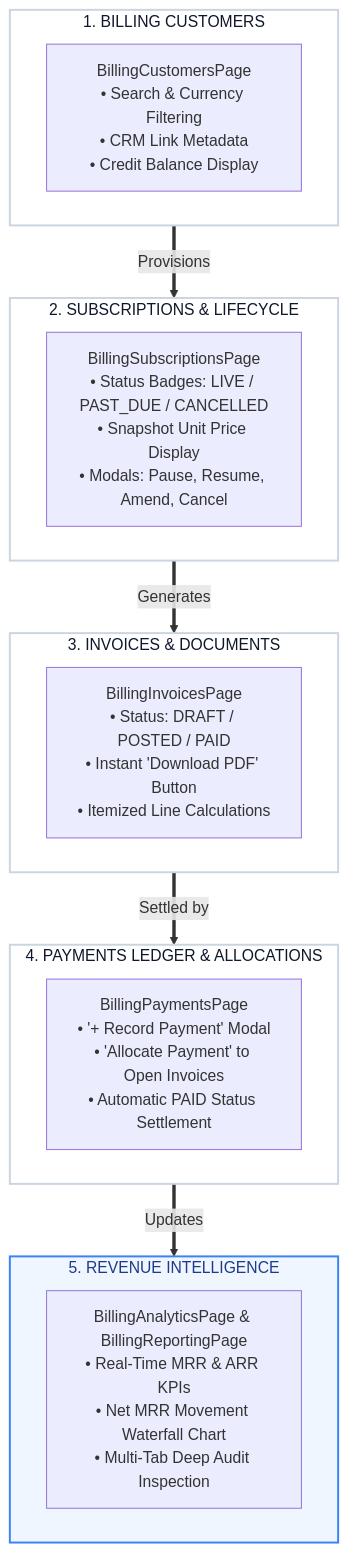
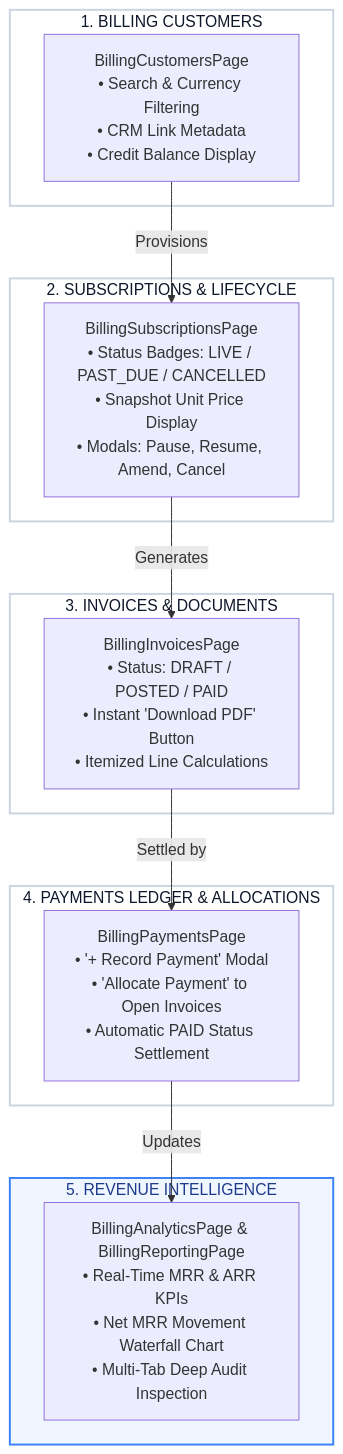
Before and after one commit to zaid-mian/CRM-Frontend: the third of 3 diagrams in README.md, drawn with Mermaid. The commit also changed other lines of this file, not shown here.

Commit message:
fix(docs): ensure standard Mermaid arrow syntax (-->|label|) for GitHub rendering

````diff
--- a/README.md
+++ b/README.md
@@ -132,33 +132,33 @@
 ```mermaid
 flowchart TD
     subgraph CustFlow ["1. BILLING CUSTOMERS"]
         CUST["BillingCustomersPage<br/>• Search & Currency Filtering<br/>• CRM Link Metadata<br/>• Credit Balance Display"]
     end
 
     subgraph SubFlow ["2. SUBSCRIPTIONS & LIFECYCLE"]
         SUB["BillingSubscriptionsPage<br/>• Status Badges: LIVE / PAST_DUE / CANCELLED<br/>• Snapshot Unit Price Display<br/>• Modals: Pause, Resume, Amend, Cancel"]
     end
 
     subgraph InvFlow ["3. INVOICES & DOCUMENTS"]
         INV["BillingInvoicesPage<br/>• Status: DRAFT / POSTED / PAID<br/>• Instant 'Download PDF' Button<br/>• Itemized Line Calculations"]
     end
 
     subgraph PayFlow ["4. PAYMENTS LEDGER & ALLOCATIONS"]
         PAY["BillingPaymentsPage<br/>• '+ Record Payment' Modal<br/>• 'Allocate Payment' to Open Invoices<br/>• Automatic PAID Status Settlement"]
     end
 
     subgraph AnalyticsFlow ["5. REVENUE INTELLIGENCE"]
         ANALYTICS["BillingAnalyticsPage & BillingReportingPage<br/>• Real-Time MRR & ARR KPIs<br/>• Net MRR Movement Waterfall Chart<br/>• Multi-Tab Deep Audit Inspection"]
     end
 
-    CustFlow ==>|Provisions| SubFlow
-    SubFlow ==>|Generates| InvFlow
-    InvFlow ==>|Settled by| PayFlow
-    PayFlow ==>|Updates| AnalyticsFlow
+    CUST -->|Provisions| SUB
+    SUB -->|Generates| INV
+    INV -->|Settled by| PAY
+    PAY -->|Updates| ANALYTICS
 
     classDef flowStyle fill:#ffffff,stroke:#cbd5e1,stroke-width:2px,color:#0f172a;
     classDef highlightStyle fill:#eff6ff,stroke:#3b82f6,stroke-width:2px,color:#1e3a8a;
 
     class CustFlow,SubFlow,InvFlow,PayFlow flowStyle;
     class AnalyticsFlow highlightStyle;
 ```
````
